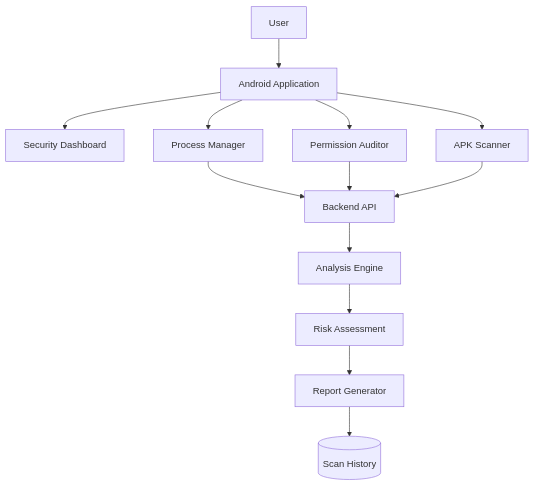
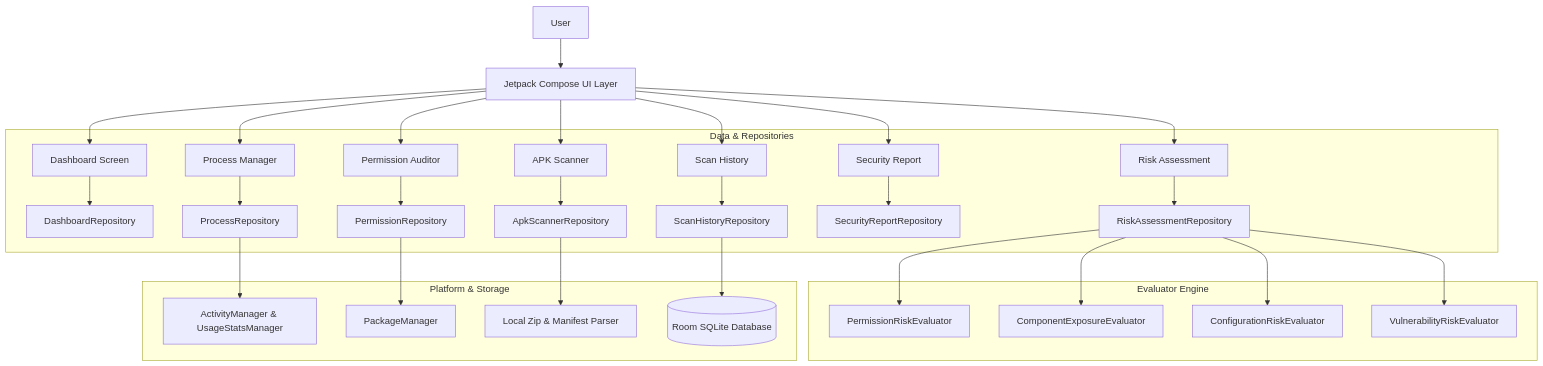
One commit to Anushree401/apk-analyzer changed the first of 12 diagrams in README.md. Above: the diagram before and after it, drawn with Mermaid. The commit also changed other lines of this file and 20 other files, not shown here.

````diff
--- a/README.md
+++ b/README.md
@@ -46,18 +46,36 @@
 ```mermaid
 flowchart TD
-    U[User] --> A[Android Application]
+    U[User] --> UI[Jetpack Compose UI Layer]
 
-    A --> D[Security Dashboard]
-    A --> P[Process Manager]
-    A --> R[Permission Auditor]
-    A --> S[APK Scanner]
+    UI --> D[Dashboard Screen]
+    UI --> P[Process Manager]
+    UI --> R[Permission Auditor]
+    UI --> S[APK Scanner]
+    UI --> RA[Risk Assessment]
+    UI --> RP[Security Report]
+    UI --> H[Scan History]
 
-    P --> API[Backend API]
-    R --> API
-    S --> API
+    subgraph Data & Repositories
+        D --> DRepo[DashboardRepository]
+        P --> PRepo[ProcessRepository]
+        R --> RRepo[PermissionRepository]
+        S --> SRepo[ApkScannerRepository]
+        RA --> RARepo[RiskAssessmentRepository]
+        RP --> RPRepo[SecurityReportRepository]
+        H --> HRepo[ScanHistoryRepository]
+    end
 
-    API --> AN[Analysis Engine]
-    AN --> RA[Risk Assessment]
-    RA --> RP[Report Generator]
-    RP --> DB[(Scan History)]
+    subgraph Evaluator Engine
+        RARepo --> PEval[PermissionRiskEvaluator]
+        RARepo --> CEval[ComponentExposureEvaluator]
+        RARepo --> CFEval[ConfigurationRiskEvaluator]
+        RARepo --> VEval[VulnerabilityRiskEvaluator]
+    end
+
+    subgraph Platform & Storage
+        PRepo --> OS_AM[ActivityManager & UsageStatsManager]
+        RRepo --> OS_PM[PackageManager]
+        SRepo --> APK_ZIP[Local Zip & Manifest Parser]
+        HRepo --> ROOM[(Room SQLite Database)]
+    end
 ```
````
